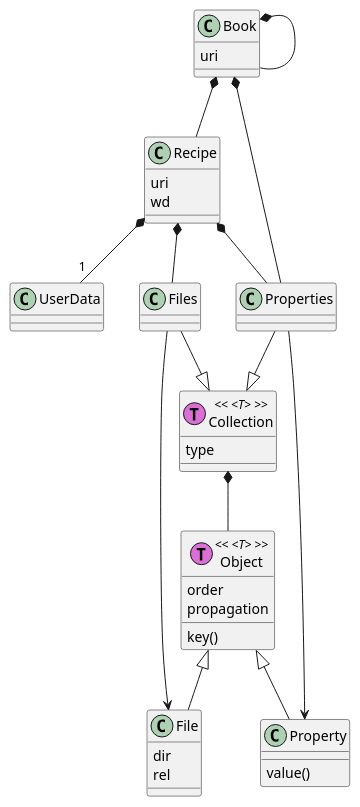
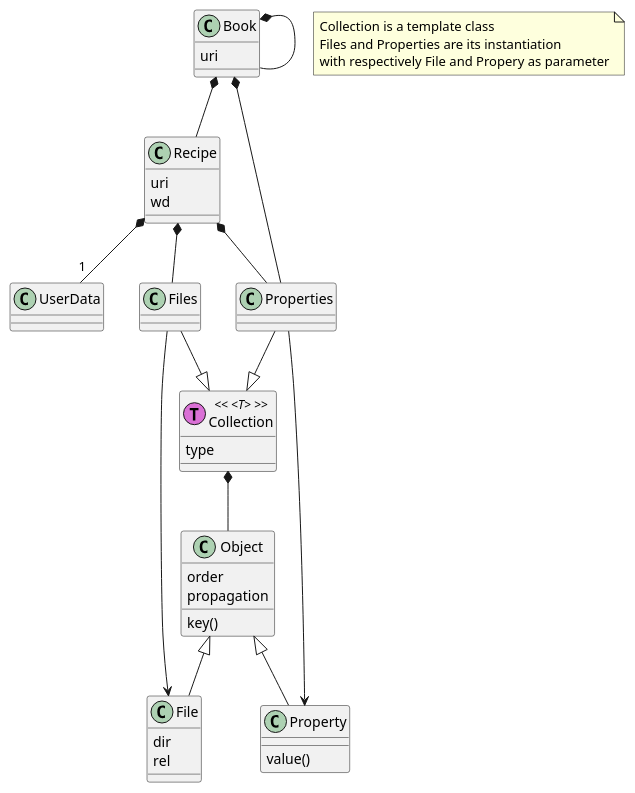
The diagram in doc/design/src/model/model.puml (decode-it/cook), drawn with PlantUML before and after one commit.

```diff
--- a/doc/design/src/model/model.puml
+++ b/doc/design/src/model/model.puml
@@ -1,43 +1,46 @@
 @startuml
 class Book
 class Recipe
 class UserData
 class Collection  << (T, orchid) <T> >>
+class Object
 class Properties 
+class Property
 class Files
-class Object << (T, orchid) <T> >>
-class Property
 class File
+
 
 Properties --|> Collection
 Files --|> Collection
 
 
 Book *-- Book
 Book *-- Recipe
 Book *-- Properties
 Book : uri
 
 Recipe *-- Properties
 Recipe *-- Files
 Recipe *-- "1" UserData
 Recipe : uri
 Recipe : wd
 
 Collection *-- Object
 Collection : type
 
 Object : key()
 Object : order
 Object : propagation
 Object <|-- Property
 Object <|-- File
 
 
 Properties --> Property
 Property : value()
 
 Files --> File
 File : dir
 File : rel
+
+note "Collection is a template class\nFiles and Properties are its instantiation \nwith respectively File and Propery as parameter" as N
 @enduml
```
